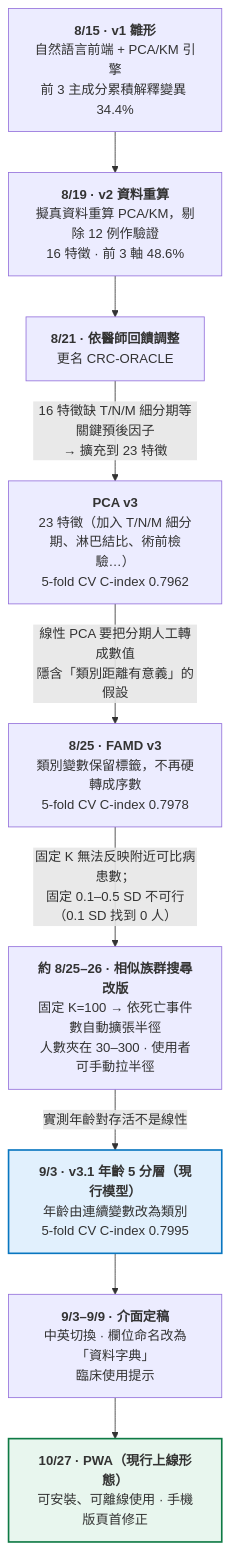
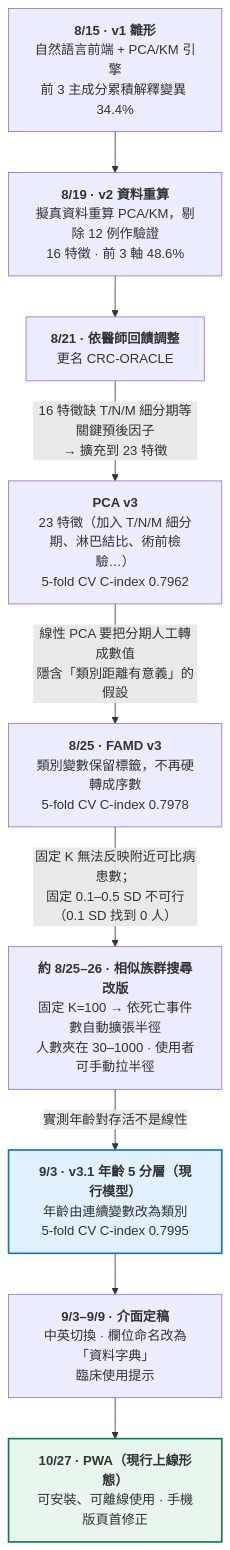
Before and after one commit to iminstevenchen/crc-oracle: the first of 3 diagrams in 04_docs_文件/發展歷程.md, drawn with Mermaid. The commit also changed other lines of this file and 6 other files, not shown here.

First line of the commit message:
docs: English README, development history with timeline; raise cohort cap 300 to 1000

````diff
--- a/04_docs_文件/發展歷程.md
+++ b/04_docs_文件/發展歷程.md
@@ -12,24 +12,24 @@
 ```mermaid
 flowchart TD
     A["<b>8/15 · v1 雛形</b><br/>自然語言前端 + PCA/KM 引擎<br/>前 3 主成分累積解釋變異 34.4%"]
     B["<b>8/19 · v2 資料重算</b><br/>擬真資料重算 PCA/KM，剔除 12 例作驗證<br/>16 特徵 · 前 3 軸 48.6%"]
     C["<b>8/21 · 依醫師回饋調整</b><br/>更名 CRC-ORACLE"]
     D["<b>PCA v3</b><br/>23 特徵（加入 T/N/M 細分期、淋巴結比、術前檢驗…）<br/>5-fold CV C-index 0.7962"]
     E["<b>8/25 · FAMD v3</b><br/>類別變數保留標籤，不再硬轉成序數<br/>5-fold CV C-index 0.7978"]
-    F["<b>約 8/25–26 · 相似族群搜尋改版</b><br/>固定 K=100 → 依死亡事件數自動擴張半徑<br/>人數夾在 30–300 · 使用者可手動拉半徑"]
+    F["<b>約 8/25–26 · 相似族群搜尋改版</b><br/>固定 K=100 → 依死亡事件數自動擴張半徑<br/>人數夾在 30–1000 · 使用者可手動拉半徑"]
     G["<b>9/3 · v3.1 年齡 5 分層（現行模型）</b><br/>年齡由連續變數改為類別<br/>5-fold CV C-index 0.7995"]
     H["<b>9/3–9/9 · 介面定稿</b><br/>中英切換 · 欄位命名改為「資料字典」<br/>臨床使用提示"]
     I["<b>10/27 · PWA（現行上線形態）</b><br/>可安裝、可離線使用 · 手機版頁首修正"]
 
     A --> B
     B --> C
     C -->|"16 特徵缺 T/N/M 細分期等關鍵預後因子<br/>→ 擴充到 23 特徵"| D
     D -->|"線性 PCA 要把分期人工轉成數值<br/>隱含「類別距離有意義」的假設"| E
     E -->|"固定 K 無法反映附近可比病患數；<br/>固定 0.1–0.5 SD 不可行（0.1 SD 找到 0 人）"| F
     F -->|"實測年齡對存活不是線性"| G
     G --> H
     H --> I
 
     style G fill:#e1f0fd,stroke:#0976c0,stroke-width:2px
     style I fill:#e8f6ee,stroke:#0f7a45,stroke-width:2px
 ```
````
